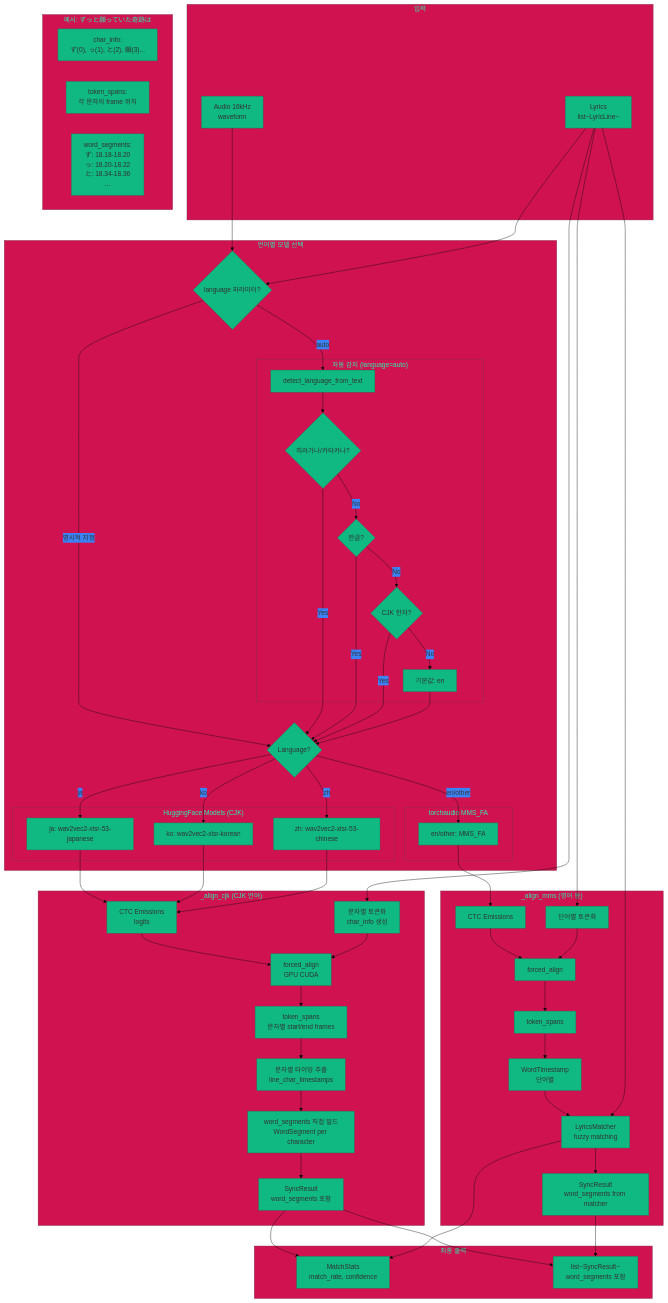
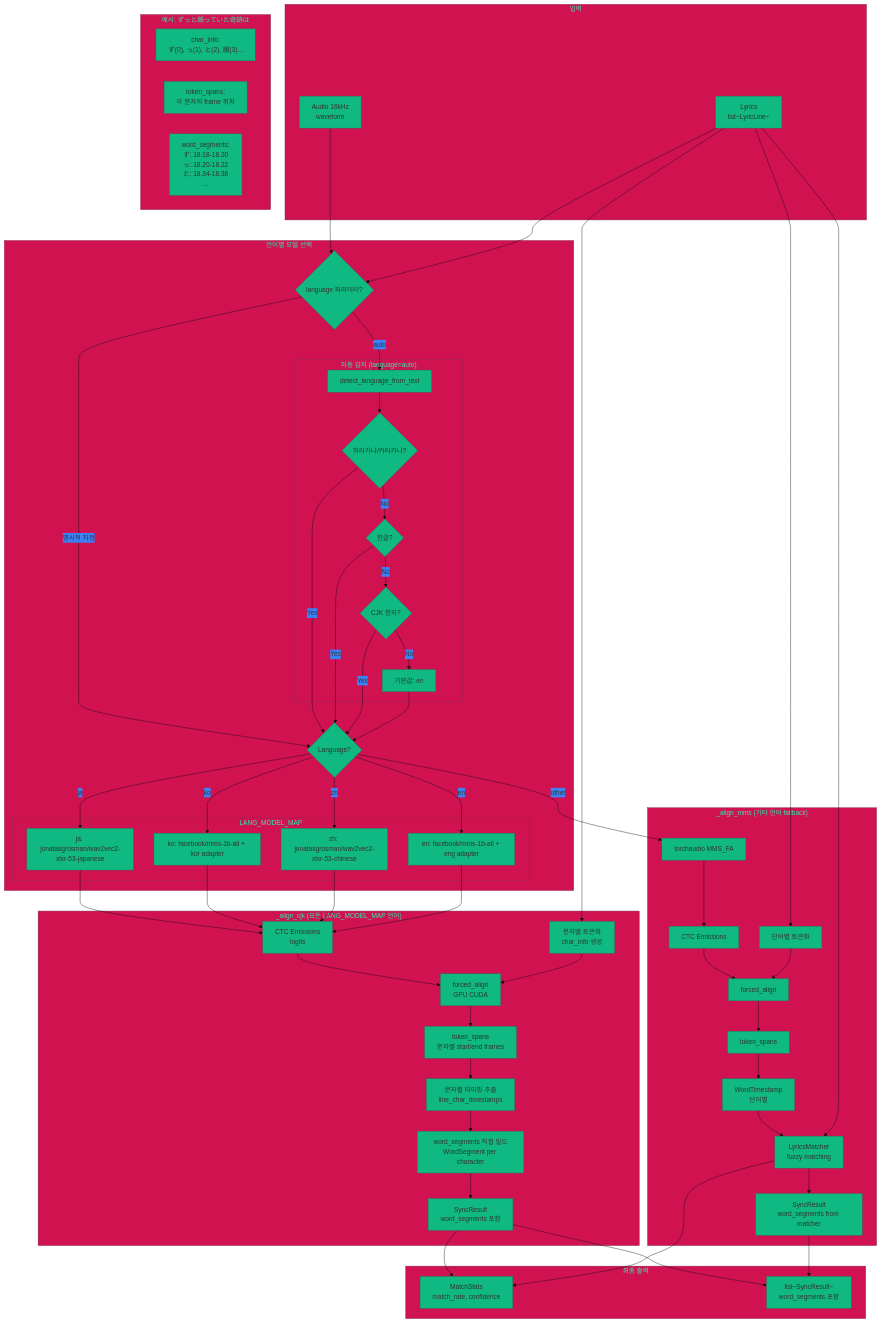
Before and after one commit to onpe5679/Everyric2: the diagram in diagrams/09_ctc_engine.mermaid, drawn with Mermaid. The commit also changed 3 other files, not shown here.

First line of the commit message:
다이어그램 업데이트: SOFA 엔진 추가 및 CTC 엔진 모델 맵 개선

```diff
--- a/diagrams/09_ctc_engine.mermaid
+++ b/diagrams/09_ctc_engine.mermaid
@@ -1,106 +1,106 @@
 %%{init: {'theme': 'base', 'themeVariables': { 'primaryColor': '#10B981', 'secondaryColor': '#3B82F6'}}}%%
 flowchart TD
     subgraph INPUT["입력"]
         A[Audio 16kHz<br/>waveform]
         L[Lyrics<br/>list~LyricLine~]
     end
 
     subgraph LANG_SELECT["언어별 모델 선택"]
         LANG_IN{language 파라미터?}
         
         subgraph AUTO_DETECT["자동 감지 (language=auto)"]
             DET[detect_language_from_text]
             DET_JA{히라가나/카타카나?}
             DET_KO{한글?}
             DET_ZH{CJK 한자?}
             DET_EN[기본값: en]
         end
         
         LANG{Language?}
         
-        subgraph HF["HuggingFace Models (CJK)"]
-            JA["ja: wav2vec2-xlsr-53-japanese"]
-            KO["ko: wav2vec2-xlsr-korean"]
-            ZH["zh: wav2vec2-xlsr-53-chinese"]
-        end
-        
-        subgraph MMS["torchaudio MMS_FA"]
-            EN["en/other: MMS_FA"]
+        subgraph MODELS["LANG_MODEL_MAP"]
+            JA["ja: jonatasgrosman/wav2vec2-xlsr-53-japanese"]
+            KO["ko: facebook/mms-1b-all + kor adapter"]
+            ZH["zh: jonatasgrosman/wav2vec2-xlsr-53-chinese"]
+            EN["en: facebook/mms-1b-all + eng adapter"]
         end
     end
 
-    subgraph CJK_PROCESS["_align_cjk (CJK 언어)"]
+    subgraph CJK_PROCESS["_align_cjk (모든 LANG_MODEL_MAP 언어)"]
         CJK_EMI[CTC Emissions<br/>logits]
         CJK_TOK[문자별 토큰화<br/>char_info 생성]
         CJK_FA[forced_align<br/>GPU CUDA]
         CJK_SPANS[token_spans<br/>문자별 start/end frames]
         CJK_CHAR[문자별 타이밍 추출<br/>line_char_timestamps]
         CJK_WS[word_segments 직접 빌드<br/>WordSegment per character]
         CJK_RES[SyncResult<br/>word_segments 포함]
     end
 
-    subgraph MMS_PROCESS["_align_mms (영어 등)"]
+    subgraph MMS_PROCESS["_align_mms (기타 언어 fallback)"]
+        MMS_MODEL[torchaudio MMS_FA]
         MMS_EMI[CTC Emissions]
         MMS_TOK[단어별 토큰화]
         MMS_FA[forced_align]
         MMS_SPANS[token_spans]
         MMS_WT[WordTimestamp<br/>단어별]
         MMS_MATCH[LyricsMatcher<br/>fuzzy matching]
         MMS_RES[SyncResult<br/>word_segments from matcher]
     end
 
     subgraph OUTPUT["최종 출력"]
         STATS[MatchStats<br/>match_rate, confidence]
         RESULT[list~SyncResult~<br/>word_segments 포함]
     end
 
     A --> LANG_IN
     L --> LANG_IN
     
     LANG_IN -->|"명시적 지정"| LANG
     LANG_IN -->|"auto"| DET
     DET --> DET_JA
     DET_JA -->|Yes| LANG
     DET_JA -->|No| DET_KO
     DET_KO -->|Yes| LANG
     DET_KO -->|No| DET_ZH
     DET_ZH -->|Yes| LANG
     DET_ZH -->|No| DET_EN
     DET_EN --> LANG
     
     LANG -->|ja| JA
     LANG -->|ko| KO
     LANG -->|zh| ZH
-    LANG -->|en/other| EN
+    LANG -->|en| EN
+    LANG -->|other| MMS_MODEL
     
     JA --> CJK_EMI
     KO --> CJK_EMI
     ZH --> CJK_EMI
+    EN --> CJK_EMI
     
     L --> CJK_TOK
     CJK_EMI --> CJK_FA
     CJK_TOK --> CJK_FA
     CJK_FA --> CJK_SPANS
     CJK_SPANS --> CJK_CHAR
     CJK_CHAR --> CJK_WS
     CJK_WS --> CJK_RES
     CJK_RES --> RESULT
     CJK_RES --> STATS
     
-    EN --> MMS_EMI
+    MMS_MODEL --> MMS_EMI
     L --> MMS_TOK
     MMS_EMI --> MMS_FA
     MMS_TOK --> MMS_FA
     MMS_FA --> MMS_SPANS
     MMS_SPANS --> MMS_WT
     MMS_WT --> MMS_MATCH
     L --> MMS_MATCH
     MMS_MATCH --> MMS_RES
     MMS_RES --> RESULT
     MMS_MATCH --> STATS
 
     subgraph EXAMPLE["예시: ずっと願っていた奇跡は"]
         EX1["char_info:<br/>ず(0), っ(1), と(2), 願(3)..."]
         EX2["token_spans:<br/>각 문자의 frame 위치"]
         EX3["word_segments:<br/>ず: 18.18-18.20<br/>っ: 18.20-18.22<br/>と: 18.34-18.36<br/>..."]
     end
```
